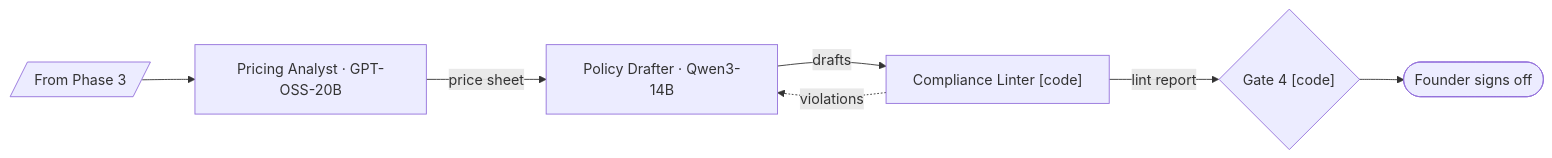
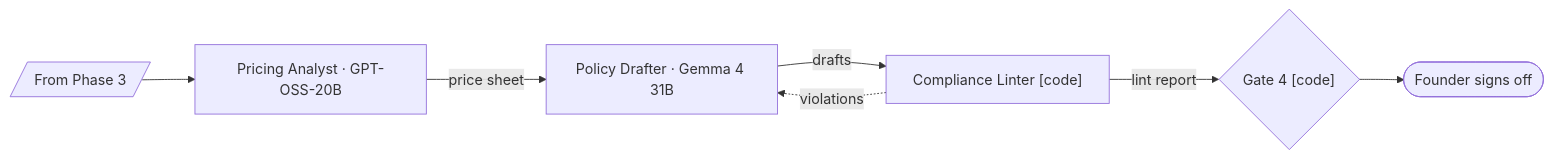
Before and after one commit to Lotr2/sudo_win: the fifth of 9 diagrams in ARCHITECTURE.md, drawn with Mermaid. The commit also changed other lines of this file and 15 other files, not shown here.

First line of the commit message:
Switch second model from Qwen3-14B to Gemma 4 31B on the Gemini API

````diff
--- a/ARCHITECTURE.md
+++ b/ARCHITECTURE.md
@@ -280,6 +280,6 @@
 ```mermaid
 flowchart LR
-  in4[/"From Phase 3"/] --> price["Pricing Analyst · GPT-OSS-20B"] -->|price sheet| pol["Policy Drafter · Qwen3-14B"] -->|drafts| cl["Compliance Linter [code]"]
+  in4[/"From Phase 3"/] --> price["Pricing Analyst · GPT-OSS-20B"] -->|price sheet| pol["Policy Drafter · Gemma 4 31B"] -->|drafts| cl["Compliance Linter [code]"]
   cl -.->|violations| pol
   cl -->|lint report| g4{"Gate 4 [code]"} --> f4(["Founder signs off"])
 ```
````
